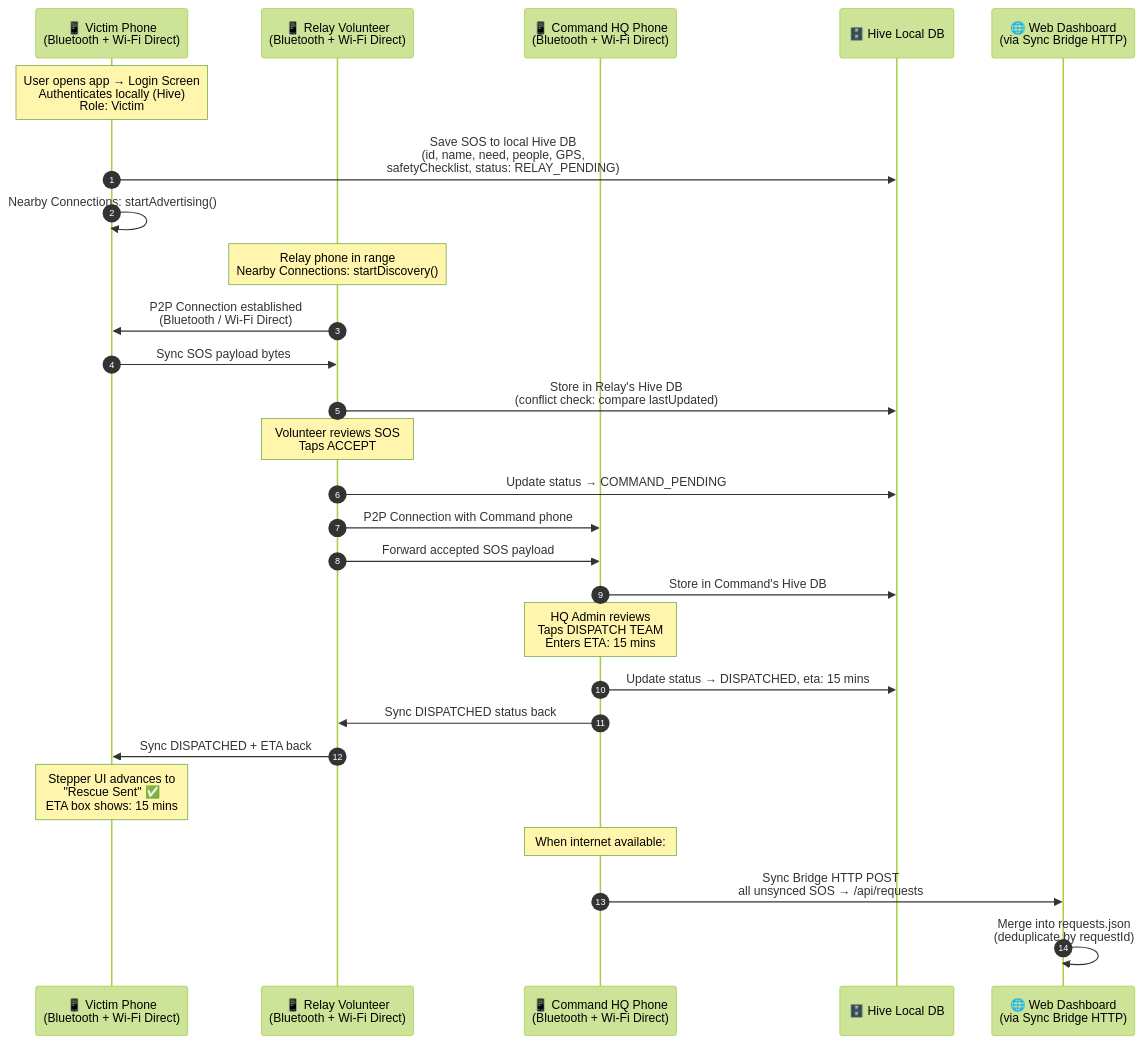
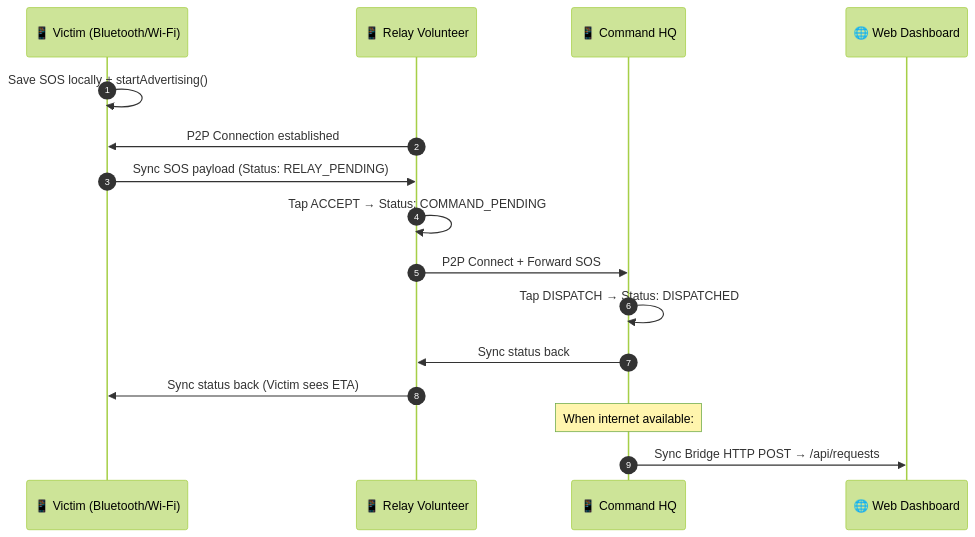
Before and after one commit to bharathkumar000/RESQLINK: the third of 4 diagrams in hardware/system_architecture.md, drawn with Mermaid (forest theme). The commit also changed other lines of this file, not shown here.

````diff
--- a/hardware/system_architecture.md
+++ b/hardware/system_architecture.md
@@ -270,38 +200,19 @@
 ```mermaid
 sequenceDiagram
     autonumber
-    participant V as 📱 Victim Phone<br/>(Bluetooth + Wi-Fi Direct)
-    participant R as 📱 Relay Volunteer<br/>(Bluetooth + Wi-Fi Direct)
-    participant C as 📱 Command HQ Phone<br/>(Bluetooth + Wi-Fi Direct)
-    participant H as 🗄️ Hive Local DB
-    participant W as 🌐 Web Dashboard<br/>(via Sync Bridge HTTP)
+    participant V as 📱 Victim (Bluetooth/Wi-Fi)
+    participant R as 📱 Relay Volunteer
+    participant C as 📱 Command HQ
+    participant W as 🌐 Web Dashboard
 
-    Note over V: User opens app → Login Screen<br/>Authenticates locally (Hive)<br/>Role: Victim
-
-    V->>H: Save SOS to local Hive DB<br/>(id, name, need, people, GPS,<br/>safetyChecklist, status: RELAY_PENDING)
-    V->>V: Nearby Connections: startAdvertising()
-
-    Note over R: Relay phone in range<br/>Nearby Connections: startDiscovery()
-    R->>V: P2P Connection established<br/>(Bluetooth / Wi-Fi Direct)
-    V->>R: Sync SOS payload bytes
-    R->>H: Store in Relay's Hive DB<br/>(conflict check: compare lastUpdated)
-
-    Note over R: Volunteer reviews SOS<br/>Taps ACCEPT
-    R->>H: Update status → COMMAND_PENDING
-
-    R->>C: P2P Connection with Command phone
-    R->>C: Forward accepted SOS payload
-    C->>H: Store in Command's Hive DB
-
-    Note over C: HQ Admin reviews<br/>Taps DISPATCH TEAM<br/>Enters ETA: 15 mins
-    C->>H: Update status → DISPATCHED, eta: 15 mins
-
-    C->>R: Sync DISPATCHED status back
-    R->>V: Sync DISPATCHED + ETA back
-
-    Note over V: Stepper UI advances to<br/>"Rescue Sent" ✅<br/>ETA box shows: 15 mins
-
+    V->>V: Save SOS locally + startAdvertising()
+    R->>V: P2P Connection established
+    V->>R: Sync SOS payload (Status: RELAY_PENDING)
+    R->>R: Tap ACCEPT → Status: COMMAND_PENDING
+    R->>C: P2P Connect + Forward SOS
+    C->>C: Tap DISPATCH → Status: DISPATCHED
+    C->>R: Sync status back
+    R->>V: Sync status back (Victim sees ETA)
     Note over C: When internet available:
-    C->>W: Sync Bridge HTTP POST<br/>all unsynced SOS → /api/requests
-    W->>W: Merge into requests.json<br/>(deduplicate by requestId)
+    C->>W: Sync Bridge HTTP POST → /api/requests
 ```
````
